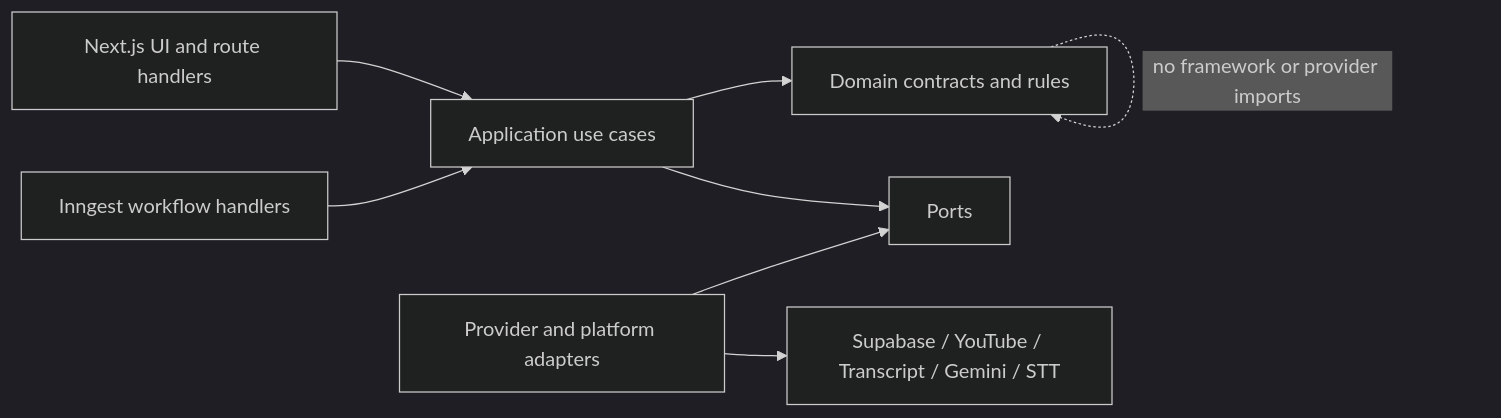
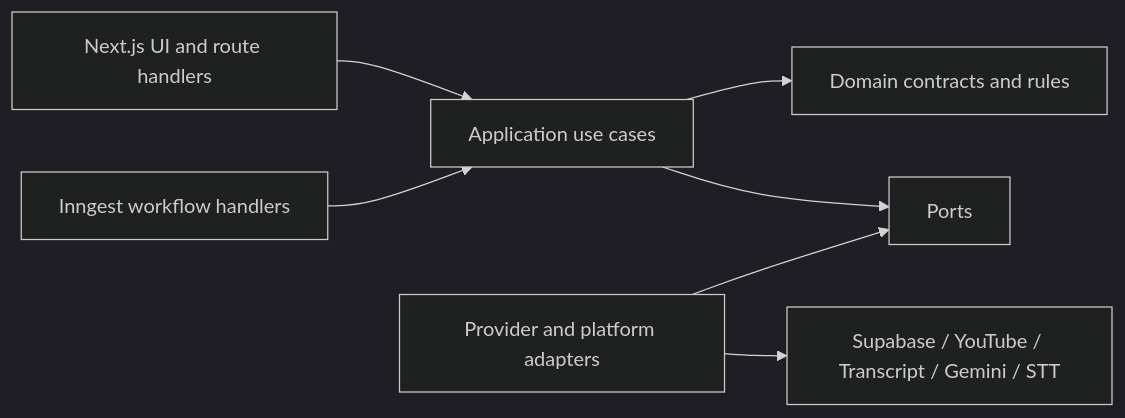
Before and after one commit to Thunderkill016/vidlish: the first of 4 diagrams in _bmad-output/planning-artifacts/architecture/architecture-vidlish-2026-08-03/ARCHITECTURE-SPINE.md, drawn with Mermaid (dark theme). The commit also changed other lines of this file, not shown here.

Commit message:
docs: finalize Vidlish architecture spine

````diff
--- a/_bmad-output/planning-artifacts/architecture/architecture-vidlish-2026-08-03/ARCHITECTURE-SPINE.md
+++ b/_bmad-output/planning-artifacts/architecture/architecture-vidlish-2026-08-03/ARCHITECTURE-SPINE.md
@@ -50,10 +50,9 @@
 ```mermaid
 flowchart LR
   UI[Next.js UI and route handlers] --> APP[Application use cases]
   WF[Inngest workflow handlers] --> APP
   APP --> DOMAIN[Domain contracts and rules]
   APP --> PORTS[Ports]
   ADAPTERS[Provider and platform adapters] --> PORTS
   ADAPTERS --> EXT[Supabase / YouTube / Transcript / Gemini / STT]
-  DOMAIN -. no framework or provider imports .-> DOMAIN
 ```
````
